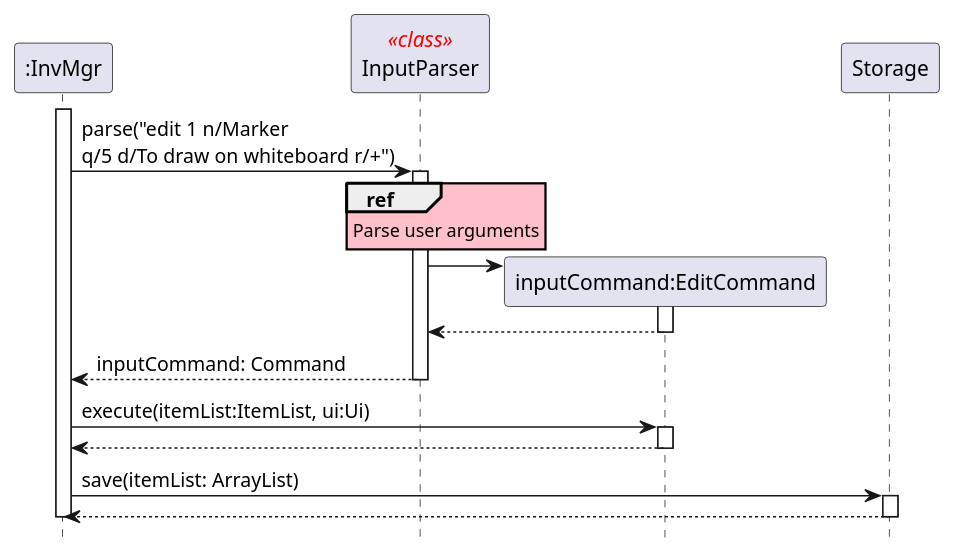
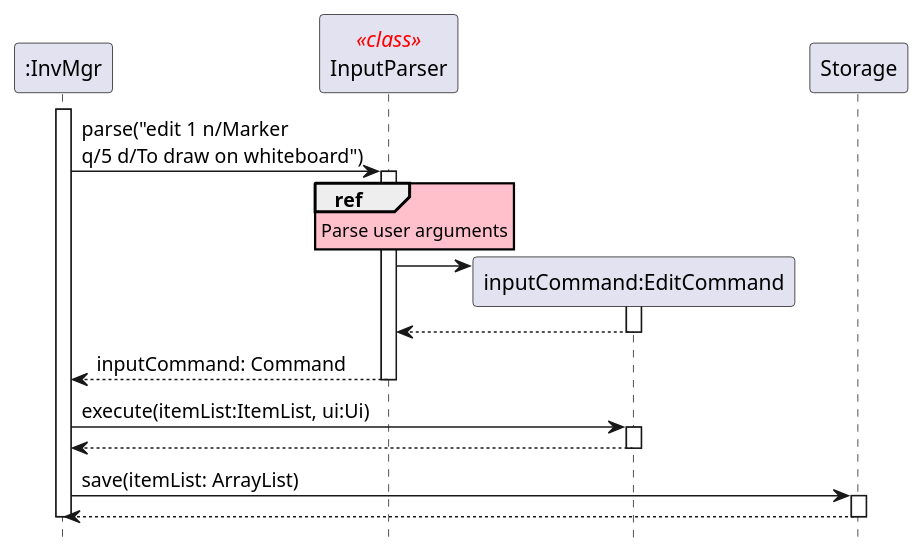
Before and after one commit to nus-cs2113-AY2122S2/tp: the diagram in docs/diagrams/EditCommand1SequenceDiagram.puml, drawn with PlantUML. The commit also changed 3 other files, not shown here.

```diff
--- a/docs/diagrams/EditCommand1SequenceDiagram.puml
+++ b/docs/diagrams/EditCommand1SequenceDiagram.puml
@@ -1,33 +1,33 @@
 @startuml
 
 skinparam sequenceStereotypeFontColor red
 skinparam SequenceReferenceBackgroundColor pink
 hide footbox
 
 Participant ":InvMgr" as InvMgr
 Participant "InputParser" as InputParser <<class>>
 Participant "inputCommand:EditCommand" as EditCommand
 
 activate InvMgr
-    InvMgr -> InputParser: parse("edit 1 n/Marker \nq/5 d/To draw on whiteboard r/+")
+    InvMgr -> InputParser: parse("edit 1 n/Marker \nq/5 d/To draw on whiteboard")
     ref over InputParser
         Parse user arguments
     end
     activate InputParser
         create EditCommand
         InputParser -> EditCommand:
         activate EditCommand
         return
     return inputCommand: Command
 
     InvMgr -> EditCommand: execute(itemList:ItemList, ui:Ui)
     activate EditCommand
     return
 
     InvMgr -> Storage: save(itemList: ArrayList)
     activate Storage
     return
 
 deactivate InvMgr
 
 @enduml
```
